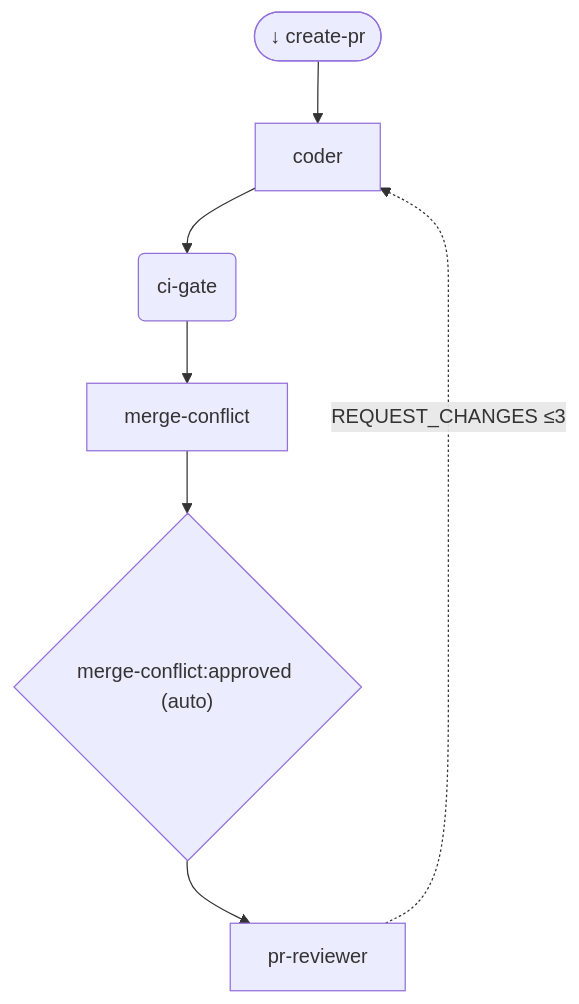
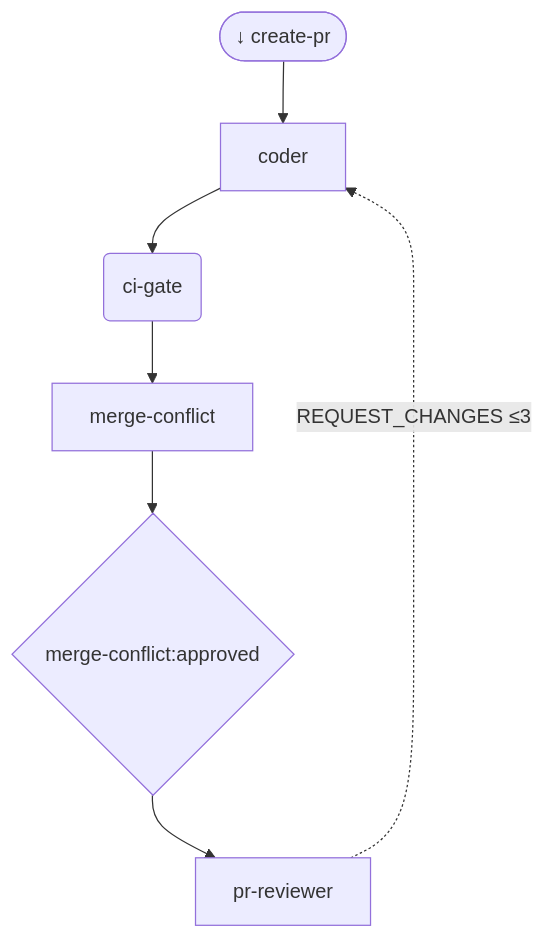
Before and after one commit to M-A-Operating-System/ai-coding-standards2: the diagram in docs/product/orchestrator/generated/phases/03_execute.mmd, drawn with Mermaid. The commit also changed 3 other files, not shown here.

Commit message:
chore: regenerate pipeline diagrams

```diff
--- a/docs/product/orchestrator/generated/phases/03_execute.mmd
+++ b/docs/product/orchestrator/generated/phases/03_execute.mmd
@@ -1,13 +1,13 @@
 flowchart TD
     n_01_product_docs__create_pr(["↓ create-pr"])
     n_03_execute__coder["coder"]
     n_03_execute__ci_gate("ci-gate")
     n_03_execute__merge_conflict["merge-conflict"]
     n_03_execute__pr_reviewer["pr-reviewer"]
-    gate__n_03_execute__merge_conflict{"merge-conflict:approved (auto)"}
+    gate__n_03_execute__merge_conflict{"merge-conflict:approved"}
     n_03_execute__merge_conflict --> gate__n_03_execute__merge_conflict
     n_01_product_docs__create_pr --> n_03_execute__coder
     n_03_execute__coder --> n_03_execute__ci_gate
     n_03_execute__ci_gate --> n_03_execute__merge_conflict
     gate__n_03_execute__merge_conflict --> n_03_execute__pr_reviewer
     n_03_execute__pr_reviewer -. REQUEST_CHANGES ≤3 .-> n_03_execute__coder
```
